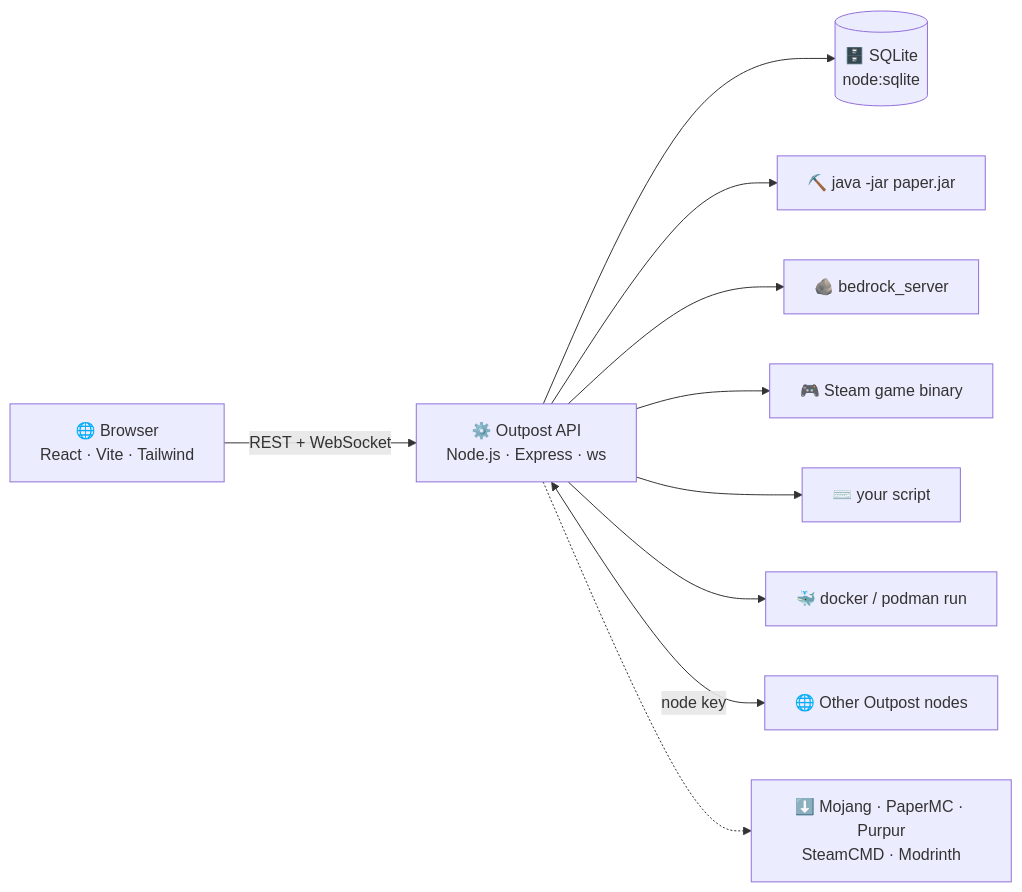
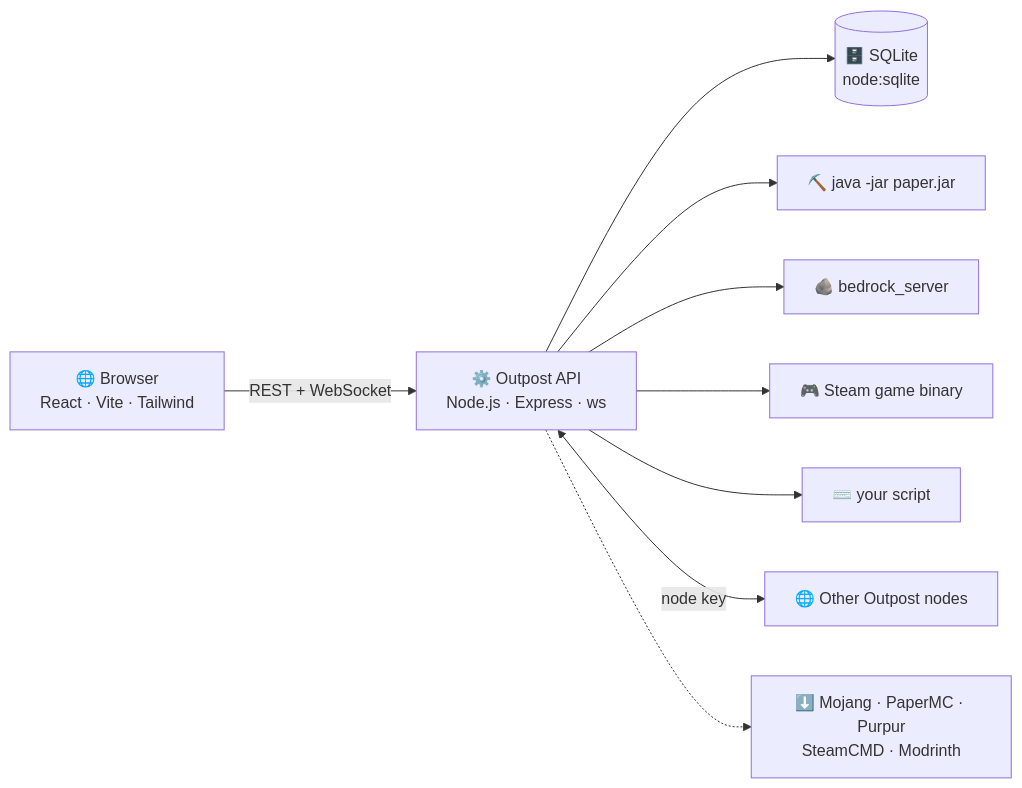
The diagram in README.md (niruxx/Outpost), drawn with Mermaid before and after one commit. The commit also changed other lines of this file and 129 other files, not shown here.

````diff
--- a/README.md
+++ b/README.md
@@ -811,12 +751,11 @@
 ```mermaid
 flowchart LR
   B["🌐 Browser<br/>React · Vite · Tailwind"] -- "REST + WebSocket" --> P["⚙️ Outpost API<br/>Node.js · Express · ws"]
   P --> DB[("🗄️ SQLite<br/>node:sqlite")]
   P --> S1["⛏️ java -jar paper.jar"]
   P --> S2["🪨 bedrock_server"]
   P --> S3["🎮 Steam game binary"]
   P --> S4["⌨️ your script"]
-  P --> S5["🐳 docker / podman run"]
   P <-->|node key| N["🌐 Other Outpost nodes"]
   P -.-> X["⬇️ Mojang · PaperMC · Purpur<br/>SteamCMD · Modrinth"]
 ```
````
